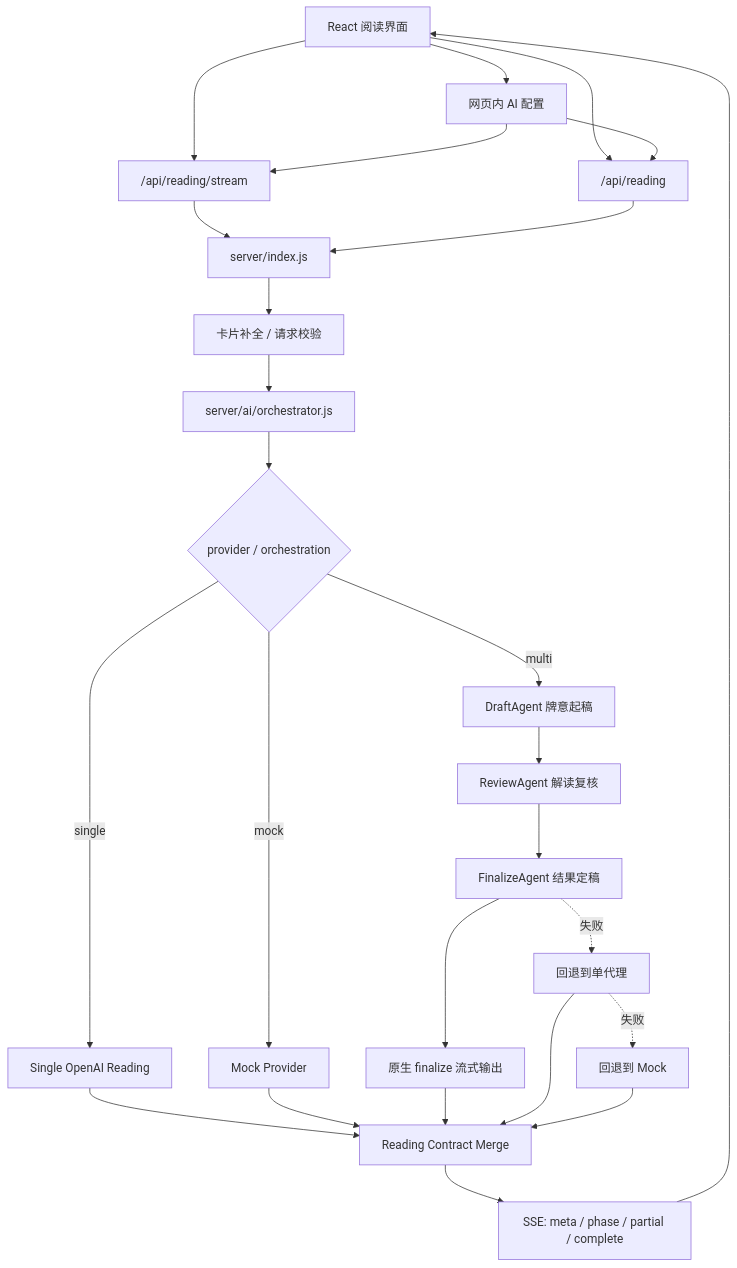
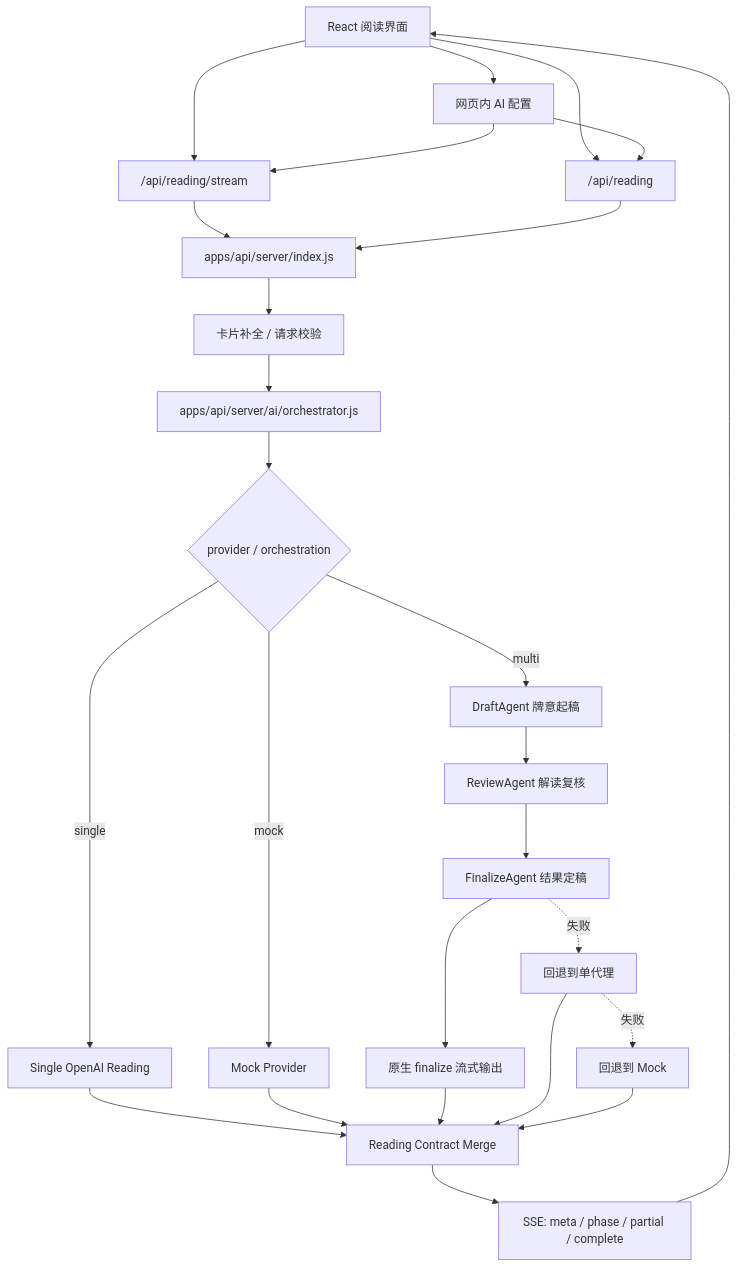
The first of 2 diagrams in README.md (Theproudcold/tarot-web), drawn with Mermaid before and after one commit. The commit also changed other lines of this file and 16 other files, not shown here.

````diff
--- a/README.md
+++ b/README.md
@@ -229,36 +235,36 @@
 ```mermaid
 flowchart TD
   UI[React 阅读界面] --> SETTINGS[网页内 AI 配置]
   UI --> STREAM["/api/reading/stream"]
   UI --> JSON["/api/reading"]
 
   SETTINGS --> STREAM
   SETTINGS --> JSON
 
-  STREAM --> API["server/index.js"]
+  STREAM --> API["apps/api/server/index.js"]
   JSON --> API
   API --> HYDRATE[卡片补全 / 请求校验]
-  HYDRATE --> ORCH["server/ai/orchestrator.js"]
+  HYDRATE --> ORCH["apps/api/server/ai/orchestrator.js"]
 
   ORCH --> MODE{provider / orchestration}
 
   MODE -->|mock| MOCK[Mock Provider]
   MODE -->|single| SINGLE[Single OpenAI Reading]
   MODE -->|multi| DRAFT[DraftAgent 牌意起稿]
 
   DRAFT --> REVIEW[ReviewAgent 解读复核]
   REVIEW --> FINALIZE[FinalizeAgent 结果定稿]
   FINALIZE --> FINAL_STREAM[原生 finalize 流式输出]
 
   FINALIZE -.失败.-> FALLBACK_SINGLE[回退到单代理]
   FALLBACK_SINGLE -.失败.-> FALLBACK_MOCK[回退到 Mock]
 
   SINGLE --> MERGE[Reading Contract Merge]
   MOCK --> MERGE
   FINAL_STREAM --> MERGE
   FALLBACK_SINGLE --> MERGE
   FALLBACK_MOCK --> MERGE
 
   MERGE --> SSE["SSE: meta / phase / partial / complete"]
   SSE --> UI
 ```
````
